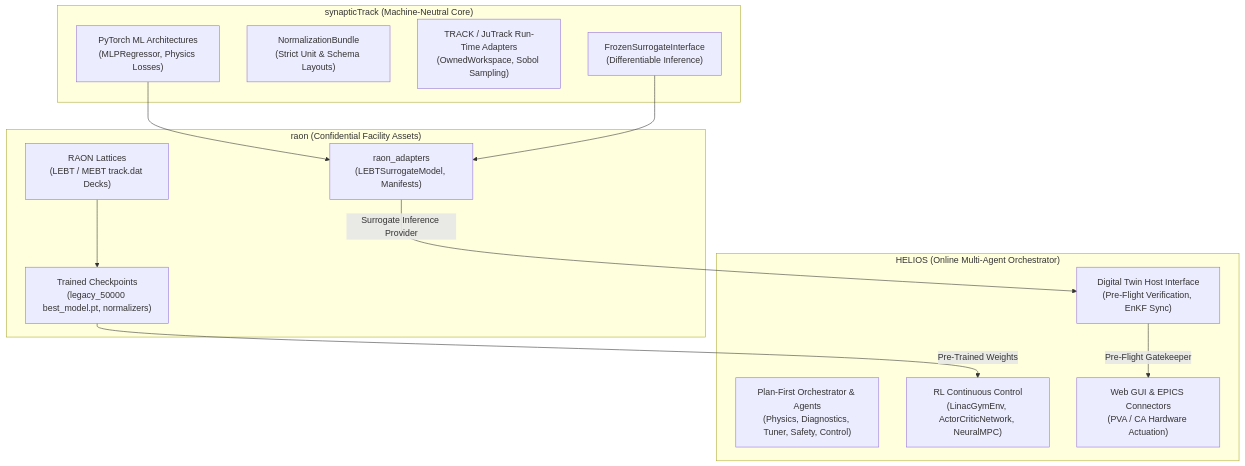
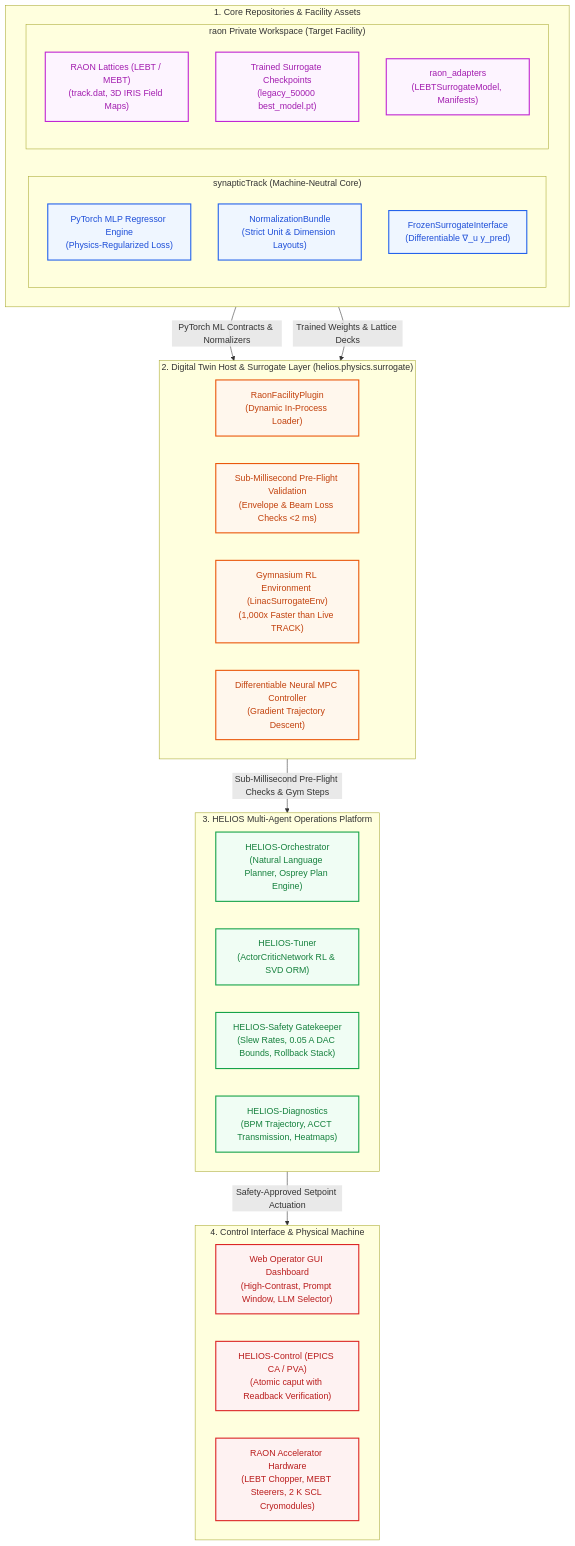
Before and after one commit to cspark7701/helios: the diagram in docs/integration_synaptictrack_raon.md, drawn with Mermaid. The commit also changed other lines of this file and 2 other files, not shown here.

Commit message:
docs: enhance flowchart and add high-resolution integration architecture diagram
* Update Mermaid flowchart in docs/integration_synaptictrack_raon.md with clear layered styling and dataflow contracts.
* Add generator script scripts/generate_integration_diagram.py to render high-resolution 300 DPI architecture diagram docs/integration_synaptictrack_raon.png matching docs/manual/architecture.png.
* Embed integration diagram into docs/integration_synaptictrack_raon.md.

Files:
 M  docs/integration_synaptictrack_raon.md
 A  docs/integration_synaptictrack_raon.png
 A  scripts/generate_integration_diagram.py

````diff
--- a/docs/integration_synaptictrack_raon.md
+++ b/docs/integration_synaptictrack_raon.md
@@ -11,29 +11,48 @@
 ```mermaid
 flowchart TD
-    subgraph SynapticTrack["synapticTrack (Machine-Neutral Core)"]
-        ST_ML["PyTorch ML Architectures\n(MLPRegressor, Physics Losses)"]
-        ST_Norm["NormalizationBundle\n(Strict Unit & Schema Layouts)"]
-        ST_Track["TRACK / JuTrack Run-Time Adapters\n(OwnedWorkspace, Sobol Sampling)"]
-        ST_Surr["FrozenSurrogateInterface\n(Differentiable Inference)"]
+    classDef stStyle fill:#eff6ff,stroke:#2563eb,stroke-width:2px,color:#1d4ed8;
+    classDef raonStyle fill:#fdf4ff,stroke:#c026d3,stroke-width:2px,color:#a21caf;
+    classDef twinStyle fill:#fff7ed,stroke:#ea580c,stroke-width:2px,color:#c2410c;
+    classDef heliosStyle fill:#f0fdf4,stroke:#16a34a,stroke-width:2px,color:#15803d;
+    classDef opsStyle fill:#fef2f2,stroke:#dc2626,stroke-width:2px,color:#b91c1c;
+
+    subgraph Sources["1. Core Repositories & Facility Assets"]
+        direction LR
+        subgraph SynapticTrack["synapticTrack (Machine-Neutral Core)"]
+            ST_ML["PyTorch MLP Regressor Engine\n(Physics-Regularized Loss)"]:::stStyle
+            ST_Norm["NormalizationBundle\n(Strict Unit & Dimension Layouts)"]:::stStyle
+            ST_Surr["FrozenSurrogateInterface\n(Differentiable ∇_u y_pred)"]:::stStyle
+        end
+
+        subgraph RAON["raon Private Workspace (Target Facility)"]
+            R_Lattice["RAON Lattices (LEBT / MEBT)\n(track.dat, 3D IRIS Field Maps)"]:::raonStyle
+            R_Models["Trained Surrogate Checkpoints\n(legacy_50000 best_model.pt)"]:::raonStyle
+            R_Adapters["raon_adapters\n(LEBTSurrogateModel, Manifests)"]:::raonStyle
+        end
     end
 
-    subgraph RAON["raon (Confidential Facility Assets)"]
-        R_Lattice["RAON Lattices\n(LEBT / MEBT track.dat Decks)"]
-        R_Models["Trained Checkpoints\n(legacy_50000 best_model.pt, normalizers)"]
-        R_Adapters["raon_adapters\n(LEBTSurrogateModel, Manifests)"]
+    subgraph TwinLayer["2. Digital Twin Host & Surrogate Layer (helios.physics.surrogate)"]
+        Twin_Plugin["RaonFacilityPlugin\n(Dynamic In-Process Loader)"]:::twinStyle
+        Twin_Preflight["Sub-Millisecond Pre-Flight Validation\n(Envelope & Beam Loss Checks <2 ms)"]:::twinStyle
+        Twin_Gym["Gymnasium RL Environment (LinacSurrogateEnv)\n(1,000x Faster than Live TRACK)"]:::twinStyle
+        Twin_MPC["Differentiable Neural MPC Controller\n(Gradient Trajectory Descent)"]:::twinStyle
     end
 
-    subgraph HELIOS["HELIOS (Online Multi-Agent Orchestrator)"]
-        H_Orch["Plan-First Orchestrator & Agents\n(Physics, Diagnostics, Tuner, Safety, Control)"]
-        H_Twin["Digital Twin Host Interface\n(Pre-Flight Verification, EnKF Sync)"]
-        H_RL["RL Continuous Control\n(LinacGymEnv, ActorCriticNetwork, NeuralMPC)"]
-        H_Ops["Web GUI & EPICS Connectors\n(PVA / CA Hardware Actuation)"]
+    subgraph MultiAgent["3. HELIOS Multi-Agent Operations Platform"]
+        H_Orch["HELIOS-Orchestrator\n(Natural Language Planner, Osprey Plan Engine)"]:::heliosStyle
+        H_Tuner["HELIOS-Tuner\n(ActorCriticNetwork RL & SVD ORM)"]:::heliosStyle
+        H_Safety["HELIOS-Safety Gatekeeper\n(Slew Rates, 0.05 A DAC Bounds, Rollback Stack)"]:::heliosStyle
+        H_Diag["HELIOS-Diagnostics\n(BPM Trajectory, ACCT Transmission, Heatmaps)"]:::heliosStyle
     end
 
-    ST_ML --> R_Adapters
-    ST_Surr --> R_Adapters
-    R_Lattice --> R_Models
-    R_Adapters -->|Surrogate Inference Provider| H_Twin
-    R_Models -->|Pre-Trained Weights| H_RL
-    H_Twin -->|Pre-Flight Gatekeeper| H_Ops
+    subgraph ActuationLayer["4. Control Interface & Physical Machine"]
+        H_GUI["Web Operator GUI Dashboard\n(High-Contrast, Prompt Window, LLM Selector)"]:::opsStyle
+        H_Ctrl["HELIOS-Control (EPICS CA / PVA)\n(Atomic caput with Readback Verification)"]:::opsStyle
+        H_HW["RAON Accelerator Hardware\n(LEBT Chopper, MEBT Steerers, 2 K SCL Cryomodules)"]:::opsStyle
+    end
+
+    SynapticTrack -->|"PyTorch ML Contracts & Normalizers"| TwinLayer
+    RAON -->|"Trained Weights & Lattice Decks"| TwinLayer
+    TwinLayer -->|"Sub-Millisecond Pre-Flight Checks & Gym Steps"| MultiAgent
+    MultiAgent -->|"Safety-Approved Setpoint Actuation"| ActuationLayer
 ```
````
